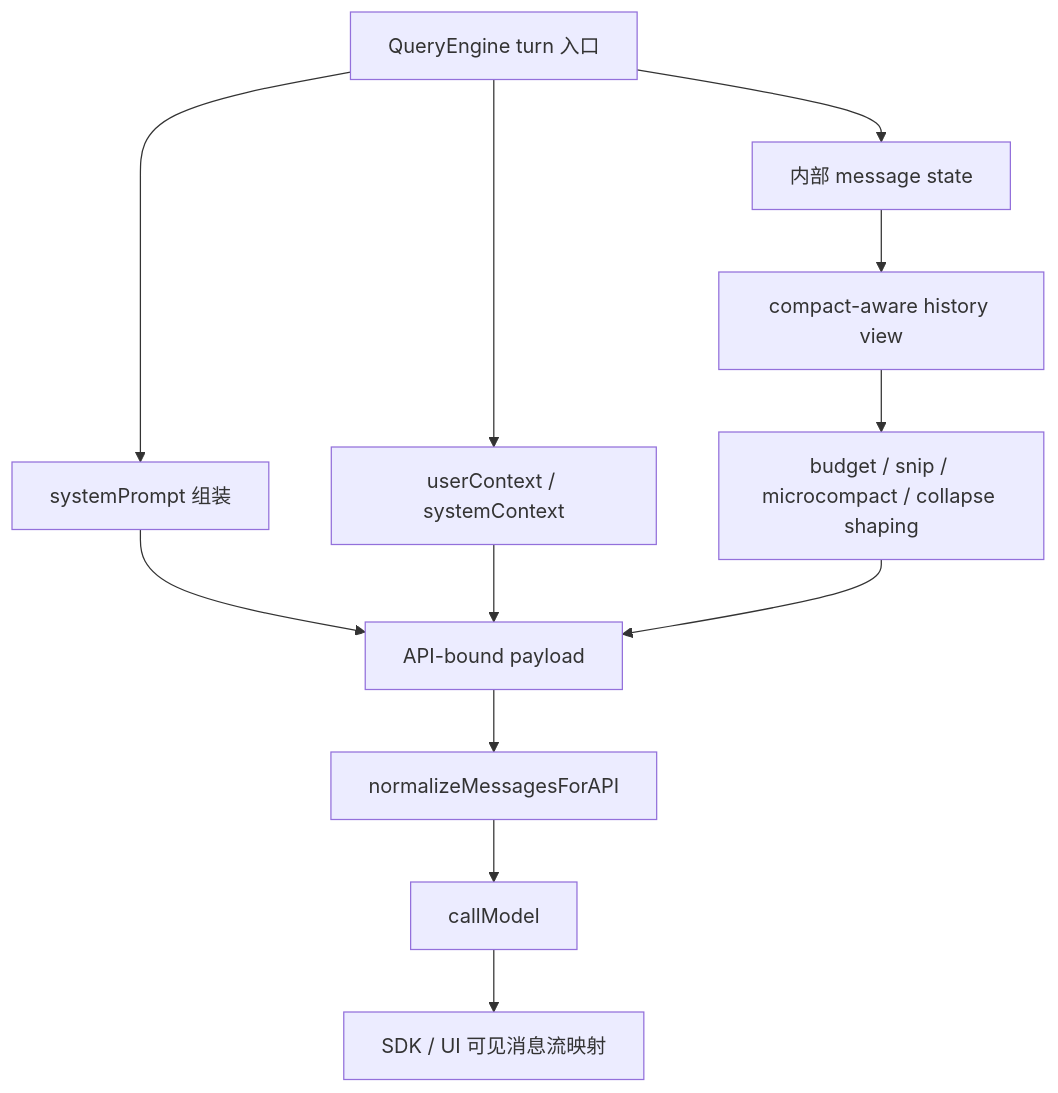
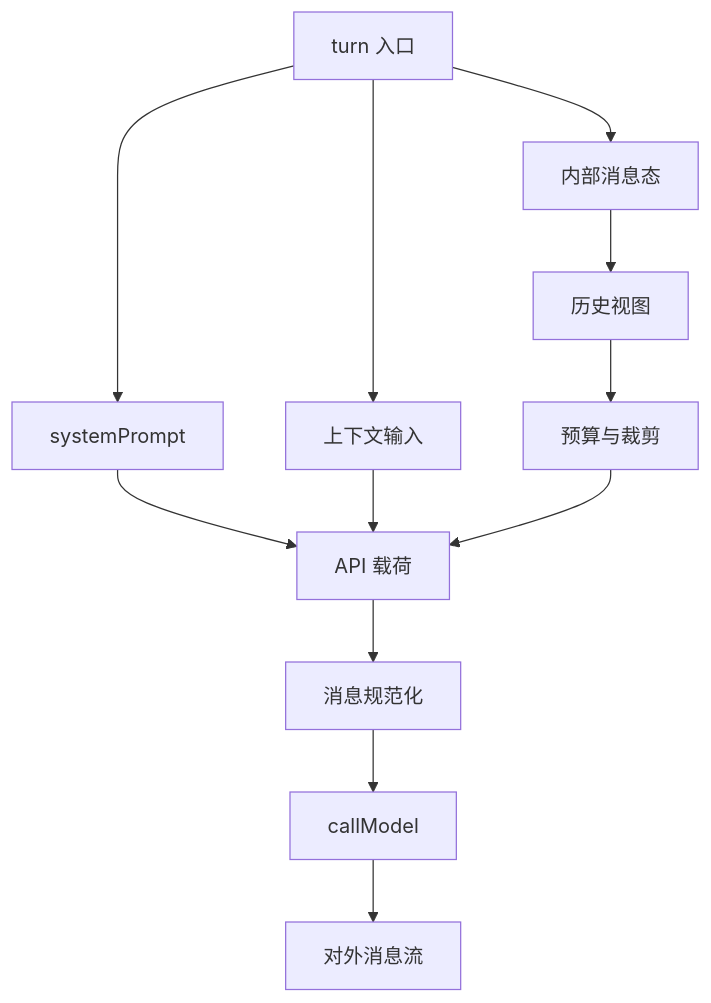
One commit to betaHi/betaHi.github.io changed the diagram in claude-code-architecture/20-message-and-context-assembly-deep-dive.md. Above: the diagram before and after it, drawn with Mermaid. The commit also changed other lines of this file and 33 other files, not shown here.

Commit message:
Polish Claude Code architecture book titles and navigation.

````diff
--- a/claude-code-architecture/20-message-and-context-assembly-deep-dive.md
+++ b/claude-code-architecture/20-message-and-context-assembly-deep-dive.md
@@ -60,14 +58,14 @@
 ```mermaid
 flowchart TD
-    QE[QueryEngine turn 入口] --> SP[systemPrompt 组装]
-    QE --> UC[userContext / systemContext]
-    QE --> IM[内部 message state]
-    IM --> HV[compact-aware history view]
-    HV --> SH[budget / snip / microcompact / collapse shaping]
-    SP --> API[API-bound payload]
+    QE[turn 入口] --> SP[systemPrompt]
+    QE --> UC[上下文输入]
+    QE --> IM[内部消息态]
+    IM --> HV[历史视图]
+    HV --> SH[预算与裁剪]
+    SP --> API[API 载荷]
     UC --> API
     SH --> API
-    API --> N[normalizeMessagesForAPI]
+    API --> N[消息规范化]
     N --> CM[callModel]
-    CM --> OUT[SDK / UI 可见消息流映射]
+    CM --> OUT[对外消息流]
 ```
````
